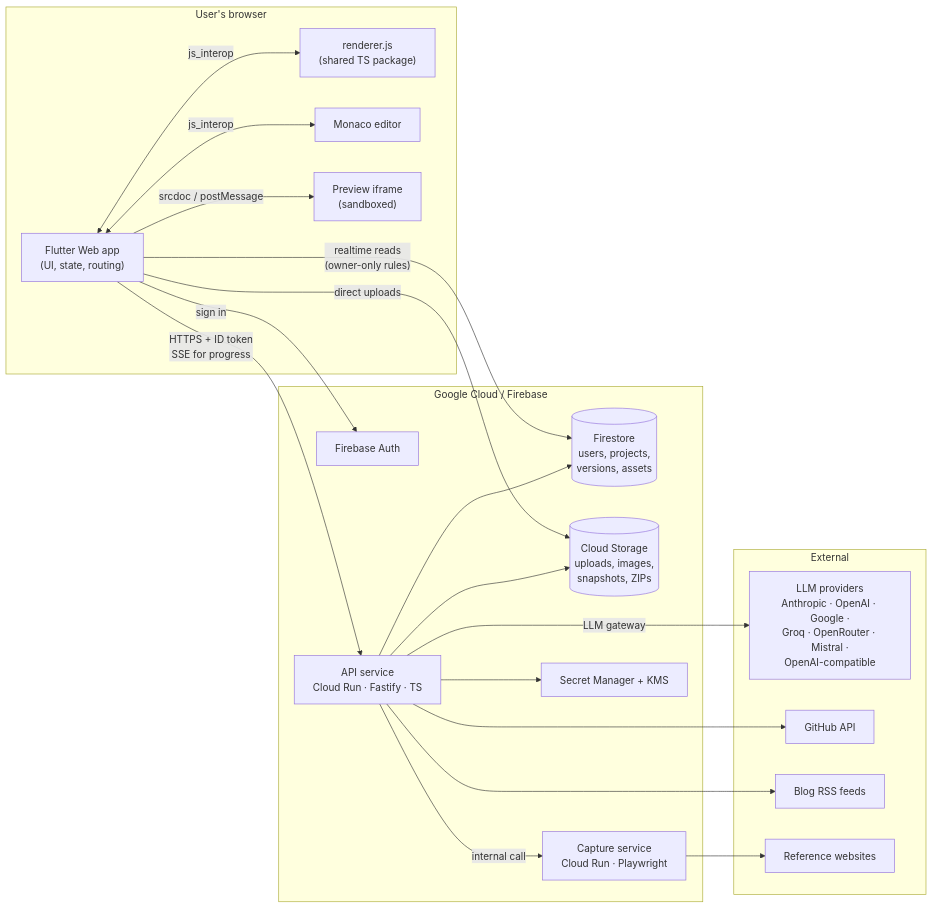
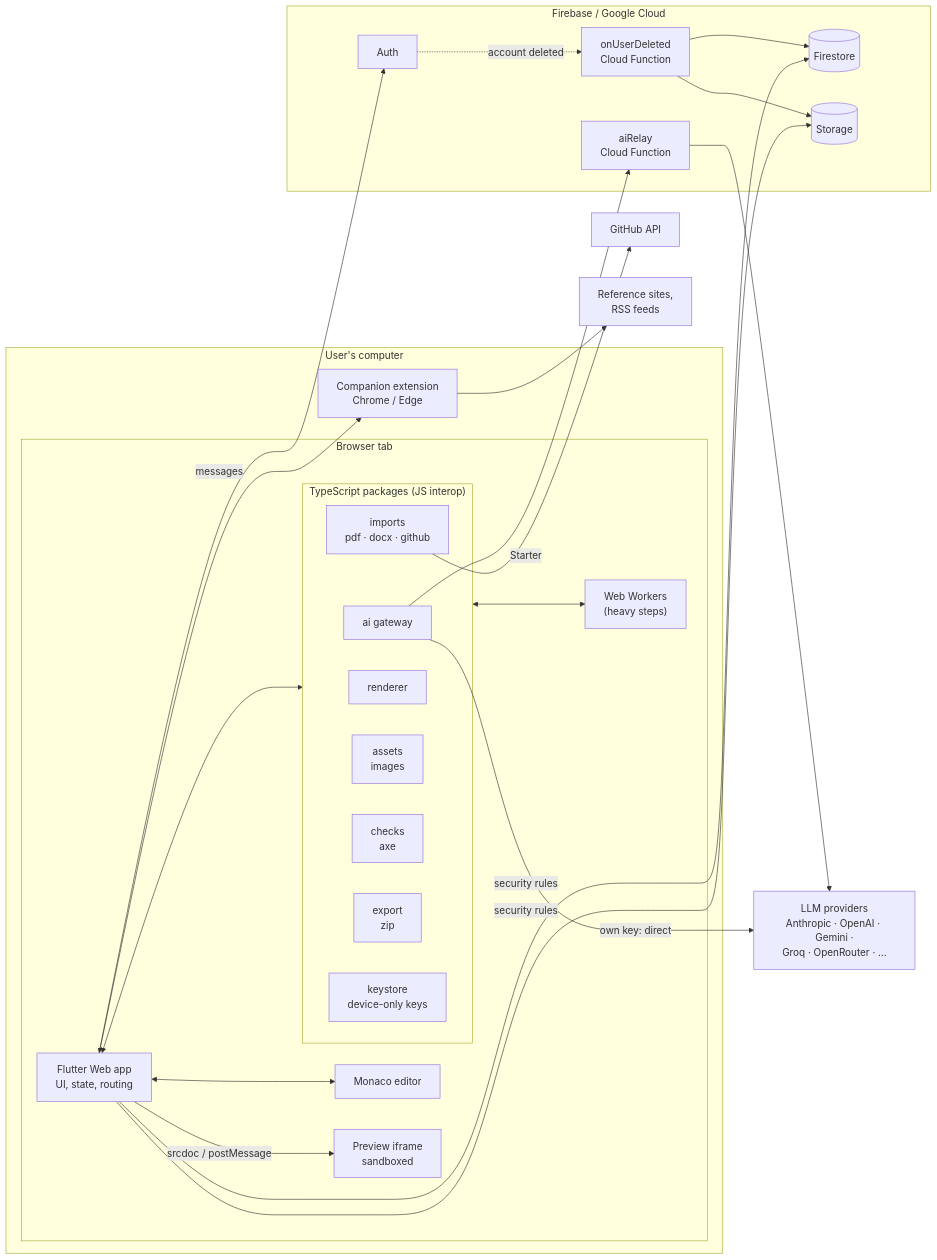
One commit to iamsanuponnulli-hue/PORTFOLIO-BUILDER changed the first of 17 diagrams in docs/ARCHITECTURE.md. Above: the diagram before and after it, drawn with Mermaid. The commit also changed other lines of this file and 1 other file, not shown here.

First line of the commit message:
Plan: thin server, browser-heavy processing, extension, device-only keys, OpenRouter sign-in

````diff
--- a/docs/ARCHITECTURE.md
+++ b/docs/ARCHITECTURE.md
@@ -29,38 +29,49 @@
 ```mermaid
 flowchart LR
-  subgraph Browser["User's browser"]
-    FA["Flutter Web app<br/>(UI, state, routing)"]
-    RJ["renderer.js<br/>(shared TS package)"]
-    MO["Monaco editor"]
-    IF["Preview iframe<br/>(sandboxed)"]
-    FA <-- js_interop --> RJ
-    FA <-- js_interop --> MO
-    FA -- srcdoc / postMessage --> IF
+  subgraph PC["User's computer"]
+    subgraph Browser["Browser tab"]
+      FA["Flutter Web app<br/>UI, state, routing"]
+      subgraph TS["TypeScript packages (JS interop)"]
+        RJ["renderer"]
+        AI["ai gateway"]
+        IM["imports<br/>pdf · docx · github"]
+        AS["assets<br/>images"]
+        CK["checks<br/>axe"]
+        EX["export<br/>zip"]
+        KS["keystore<br/>device-only keys"]
+      end
+      WK["Web Workers<br/>(heavy steps)"]
+      MO["Monaco editor"]
+      IF["Preview iframe<br/>sandboxed"]
+    end
+    EXT["Companion extension<br/>Chrome / Edge"]
   end
 
-  subgraph GCP["Google Cloud / Firebase"]
-    AUTH["Firebase Auth"]
-    FS[("Firestore<br/>users, projects,<br/>versions, assets")]
-    ST[("Cloud Storage<br/>uploads, images,<br/>snapshots, ZIPs")]
-    API["API service<br/>Cloud Run · Fastify · TS"]
-    CAP["Capture service<br/>Cloud Run · Playwright"]
-    KMS["Secret Manager + KMS"]
+  subgraph FB["Firebase / Google Cloud"]
+    AUTH["Auth"]
+    FS[("Firestore")]
+    ST[("Storage")]
+    RELAY["aiRelay<br/>Cloud Function"]
+    DEL["onUserDeleted<br/>Cloud Function"]
   end
 
-  subgraph Ext["External"]
-    LLM["LLM providers<br/>Anthropic · OpenAI · Google ·<br/>Groq · OpenRouter · Mistral ·<br/>OpenAI-compatible"]
-    GH["GitHub API"]
-    RSS["Blog RSS feeds"]
-    REF["Reference websites"]
-  end
+  LLM["LLM providers<br/>Anthropic · OpenAI · Gemini ·<br/>Groq · OpenRouter · …"]
+  GH["GitHub API"]
+  REF["Reference sites,<br/>RSS feeds"]
 
-  FA -- sign in --> AUTH
-  FA -- realtime reads<br/>(owner-only rules) --> FS
-  FA -- direct uploads --> ST
-  FA -- "HTTPS + ID token<br/>SSE for progress" --> API
-  API --> FS & ST & KMS
-  API -- LLM gateway --> LLM
-  API --> GH & RSS
-  API -- internal call --> CAP
-  CAP --> REF
+  FA <--> TS
+  TS <--> WK
+  FA <--> MO
+  FA -- srcdoc / postMessage --> IF
+  FA <-- messages --> EXT
+  EXT --> REF
+  FA --> AUTH
+  FA -- security rules --> FS
+  FA -- security rules --> ST
+  AI -- own key: direct --> LLM
+  AI -- Starter --> RELAY --> LLM
+  IM --> GH
+  AUTH -. account deleted .-> DEL
+  DEL --> FS
+  DEL --> ST
 ```
````
